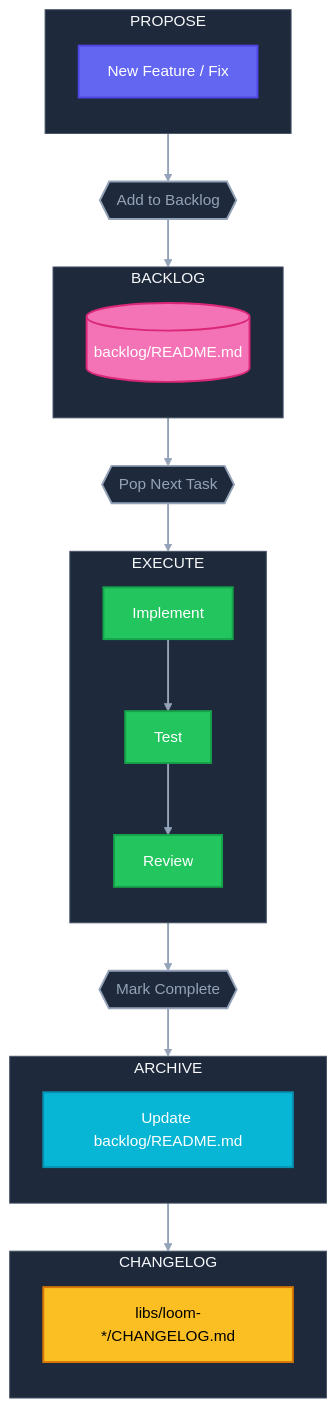
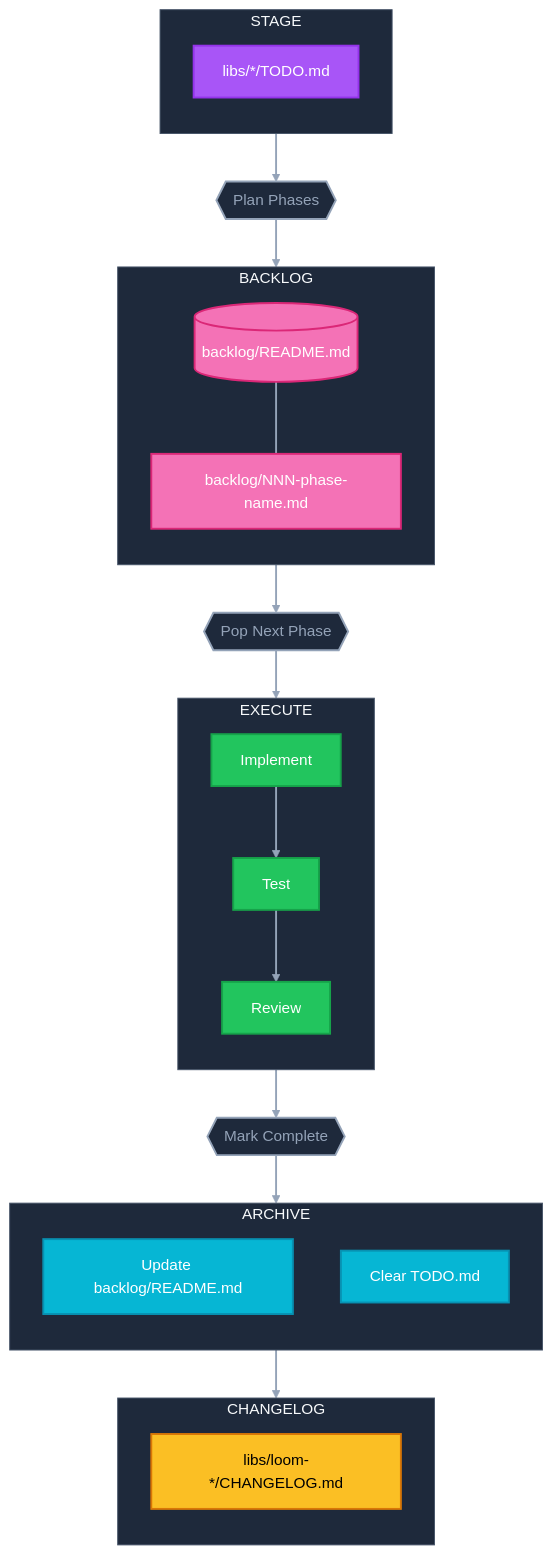
The diagram in WORKFLOW.md (aacebo/loom), drawn with Mermaid before and after one commit. The commit also changed other lines of this file and 27 other files, not shown here.

````diff
--- a/WORKFLOW.md
+++ b/WORKFLOW.md
@@ -5,65 +5,69 @@
 ```mermaid
 %%{init: {'theme': 'base', 'themeVariables': { 'primaryColor': '#6366f1', 'primaryTextColor': '#fff', 'primaryBorderColor': '#4f46e5', 'lineColor': '#94a3b8', 'secondaryColor': '#f472b6', 'tertiaryColor': '#34d399', 'background': '#0f172a', 'mainBkg': '#1e293b', 'nodeBorder': '#475569', 'clusterBkg': '#1e293b', 'clusterBorder': '#475569', 'titleColor': '#f8fafc', 'edgeLabelBackground': '#1e293b'}}}%%
 
 flowchart TB
-    subgraph PROPOSE["PROPOSE"]
+    subgraph STAGE["STAGE"]
         direction TB
-        idea[New Feature / Fix]
+        todo[libs/*/TODO.md]
     end
 
-    add{{"Add to Backlog"}}
+    plan{{"Plan Phases"}}
 
     subgraph BACKLOG["BACKLOG"]
         direction TB
         index[(backlog/README.md)]
+        phases[backlog/NNN-phase-name.md]
+
+        index --- phases
     end
 
-    pop{{"Pop Next Task"}}
+    pop{{"Pop Next Phase"}}
 
     subgraph WORK["EXECUTE"]
         direction TB
         impl[Implement]
         test[Test]
         review[Review]
 
         impl --> test
         test --> review
     end
 
     complete{{"Mark Complete"}}
 
     subgraph DONE["ARCHIVE"]
         direction TB
         summary[Update backlog/README.md]
+        clear[Clear TODO.md]
     end
 
     subgraph LOG["CHANGELOG"]
         direction TB
         cl1[libs/loom-*/CHANGELOG.md]
     end
 
-    PROPOSE --> add
-    add --> BACKLOG
+    STAGE --> plan
+    plan --> BACKLOG
     BACKLOG --> pop
     pop --> WORK
     WORK --> complete
     complete --> DONE
     DONE --> LOG
 
     %% Styling
-    classDef propose fill:#6366f1,stroke:#4f46e5,stroke-width:2px,color:#fff
+    classDef stage fill:#a855f7,stroke:#9333ea,stroke-width:2px,color:#fff
     classDef index fill:#f472b6,stroke:#db2777,stroke-width:2px,color:#fff
     classDef action fill:#1e293b,stroke:#94a3b8,stroke-width:2px,color:#94a3b8
     classDef work fill:#22c55e,stroke:#16a34a,stroke-width:2px,color:#fff
     classDef done fill:#06b6d4,stroke:#0891b2,stroke-width:2px,color:#fff
     classDef changelog fill:#fbbf24,stroke:#d97706,stroke-width:2px,color:#000
 
-    class idea propose
-    class index index
-    class add,pop,complete action
+    class todo stage
+    class index,phases index
+    class plan,pop,complete action
     class impl,test,review work
-    class summary done
+    class summary,clear done
     class cl1 changelog
 
     linkStyle default stroke:#94a3b8,stroke-width:2px
 ```
````
